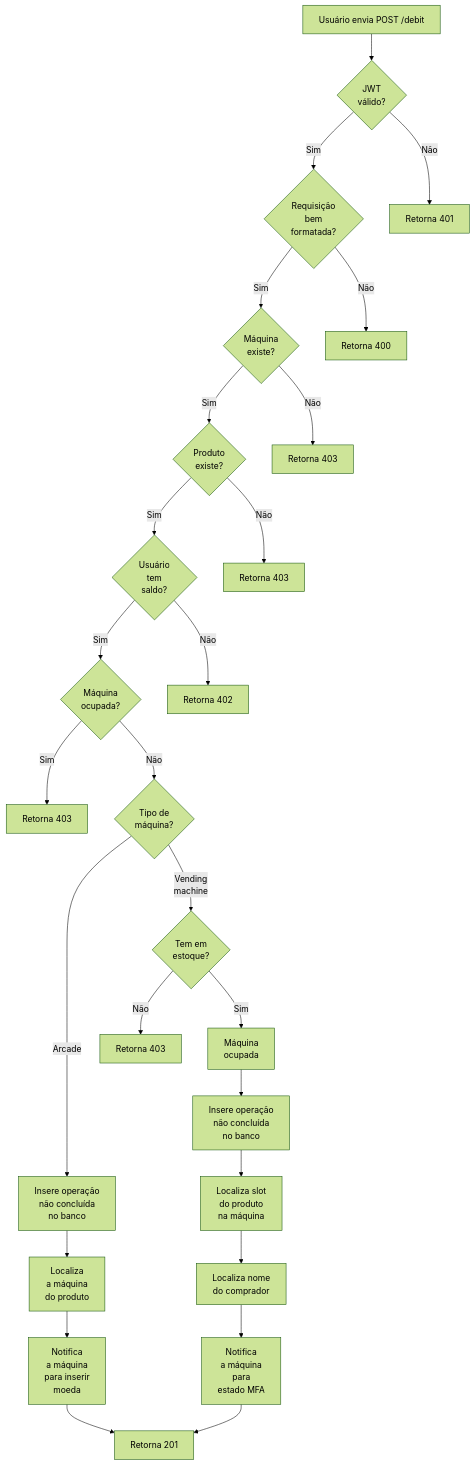
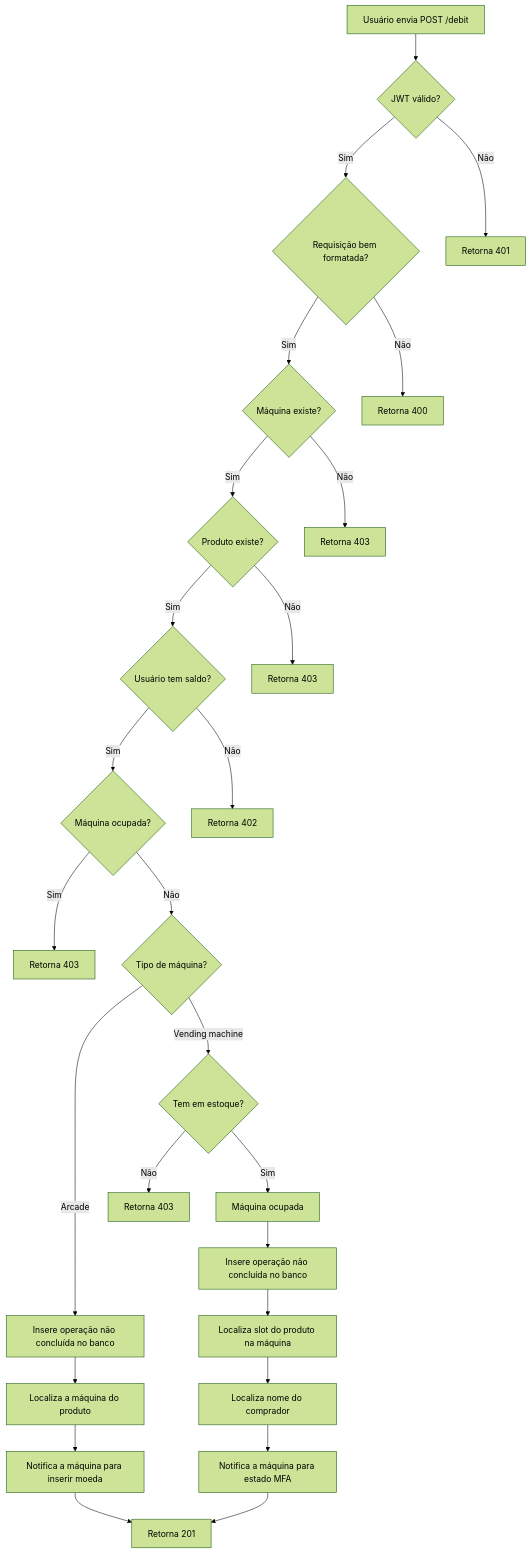
The fifth of 10 diagrams in v2/README.md (feira-de-jogos/feira-de-jogos), drawn with Mermaid (forest theme) before and after one commit. The commit also changed other lines of this file, not shown here.

Commit message:
Remover quebra de linha nos fluxogramas

````diff
--- a/v2/README.md
+++ b/v2/README.md
@@ -131,58 +131,58 @@
 ```mermaid
  flowchart TD
   A[Usuário envia POST /debit]
   B
   C
   D[Retorna 401]
   E
   F[Retorna 400]
   G
   H[Retorna 403]
   I
   J[Retorna 403]
   K
   L[Retorna 402]
   M[Retorna 403]
   N
   P[Retorna 201]
 
-  AA[Insere operação\nnão concluída\nno banco]
-  AB[Localiza\na máquina\ndo produto]
-  AC[Notifica\na máquina\npara inserir\nmoeda]
+  AA[Insere operação não concluída no banco]
+  AB[Localiza a máquina do produto]
+  AC[Notifica a máquina para inserir moeda]
 
   VA
-  VB[Máquina\nocupada]
+  VB[Máquina ocupada]
   VC[Retorna 403]
-  VD[Insere operação\nnão concluída\nno banco]
-  VE[Localiza slot\ndo produto\nna máquina]
-  VF[Localiza nome\ndo comprador]
-  VG[Notifica\na máquina\npara\nestado MFA]
+  VD[Insere operação não concluída no banco]
+  VE[Localiza slot do produto na máquina]
+  VF[Localiza nome do comprador]
+  VG[Notifica a máquina para estado MFA]
 
-  A --> B{JWT\nválido?}
-  B --> |Sim| C{Requisição\nbem\nformatada?}
+  A --> B{JWT válido?}
+  B --> |Sim| C{Requisição bem formatada?}
   B --> |Não| D
-  C --> |Sim| E{Máquina\nexiste?}
+  C --> |Sim| E{Máquina existe?}
   C --> |Não| F
-  E --> |Sim| G{Produto\nexiste?}
+  E --> |Sim| G{Produto existe?}
   E --> |Não| H
-  G --> |Sim| I{Usuário\ntem\nsaldo?}
+  G --> |Sim| I{Usuário tem saldo?}
   G --> |Não| J
-  I --> |Sim| K{Máquina\nocupada?}
+  I --> |Sim| K{Máquina ocupada?}
   I --> |Não| L
   K --> |Sim| M
-  K --> |Não| N{Tipo de\nmáquina?}
-  N --> |Vending\nmachine| VA{Tem em\nestoque?}
+  K --> |Não| N{Tipo de máquina?}
+  N --> |Vending machine| VA{Tem em estoque?}
   N --> |Arcade| AA
 
   AA --> AB
   AB --> AC
   AC --> P
 
   VA --> |Sim| VB
   VA --> |Não| VC
   VB --> VD
   VD --> VE
   VE --> VF
   VF --> VG
   VG --> P
 ```
````
